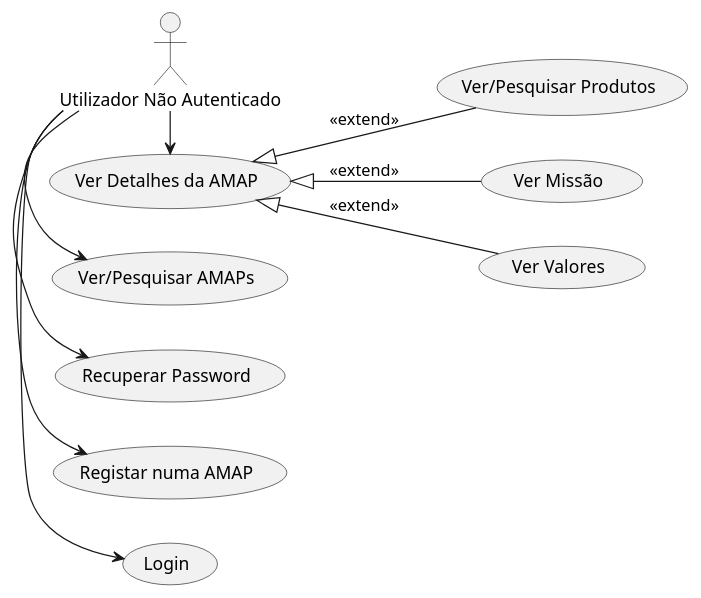
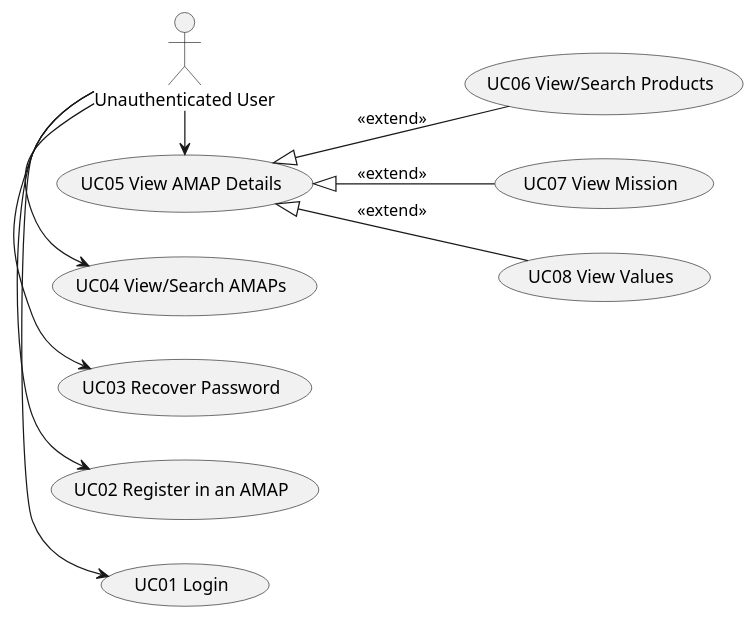
Before and after one commit to pedrojcoliveira/ENGREQ-Grupo3: the diagram in Data/Diagrams/UseCaseDiagrams/UnAuthUser/UseCaseUnAuthUser.puml, drawn with PlantUML. The commit also changed 2 other files, not shown here.

Commit message:
Add combined UC diagram plus english translation

```diff
--- a/Data/Diagrams/UseCaseDiagrams/UnAuthUser/UseCaseUnAuthUser.puml
+++ b/Data/Diagrams/UseCaseDiagrams/UnAuthUser/UseCaseUnAuthUser.puml
@@ -1,14 +1,14 @@
 @startuml
 left to right direction
-actor "Utilizador Não Autenticado" as UnauthUser
+actor "Unauthenticated User" as UnauthUser
 
-UnauthUser -> (Login)
-UnauthUser -> (Registar numa AMAP)
-UnauthUser -> (Recuperar Password)
-UnauthUser -> (Ver/Pesquisar AMAPs)
-UnauthUser -> (Ver Detalhes da AMAP)
-(Ver Detalhes da AMAP) <|-- (Ver/Pesquisar Produtos) : <<extend>>
-(Ver Detalhes da AMAP) <|-- (Ver Missão) : <<extend>>
-(Ver Detalhes da AMAP) <|-- (Ver Valores) : <<extend>>
+UnauthUser -> (UC01 Login)
+UnauthUser -> (UC02 Register in an AMAP)
+UnauthUser -> (UC03 Recover Password)
+UnauthUser -> (UC04 View/Search AMAPs)
+UnauthUser -> (UC05 View AMAP Details)
+(UC05 View AMAP Details) <|-- (UC06 View/Search Products) : <<extend>>
+(UC05 View AMAP Details) <|-- (UC07 View Mission) : <<extend>>
+(UC05 View AMAP Details) <|-- (UC08 View Values) : <<extend>>
 
 @enduml
```
